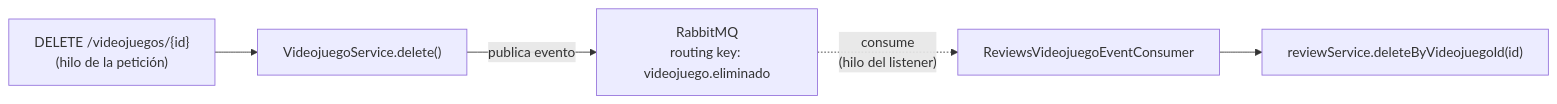
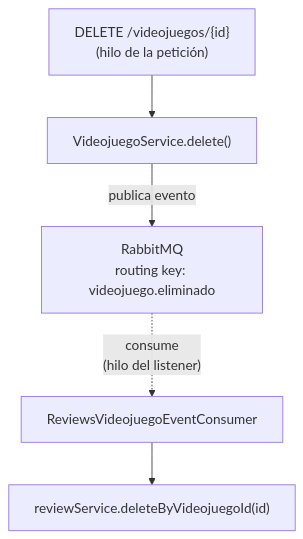
The second of 2 diagrams in docs/tema3/actividad_3_2.md (aitorventura/acceso-a-datos), drawn with Mermaid before and after one commit. The commit also changed other lines of this file and 3 other files, not shown here.

````diff
--- a/docs/tema3/actividad_3_2.md
+++ b/docs/tema3/actividad_3_2.md
@@ -49,7 +88,7 @@
 ```mermaid
-flowchart LR
+flowchart TD
     A["DELETE /videojuegos/{id}<br/>(hilo de la petición)"] --> B["VideojuegoService.delete()"]
     B -->|"publica evento"| C["RabbitMQ<br/>routing key: videojuego.eliminado"]
     C -.->|"consume<br/>(hilo del listener)"| D["ReviewsVideojuegoEventConsumer"]
     D --> E["reviewService.deleteByVideojuegoId(id)"]
 ```
````
